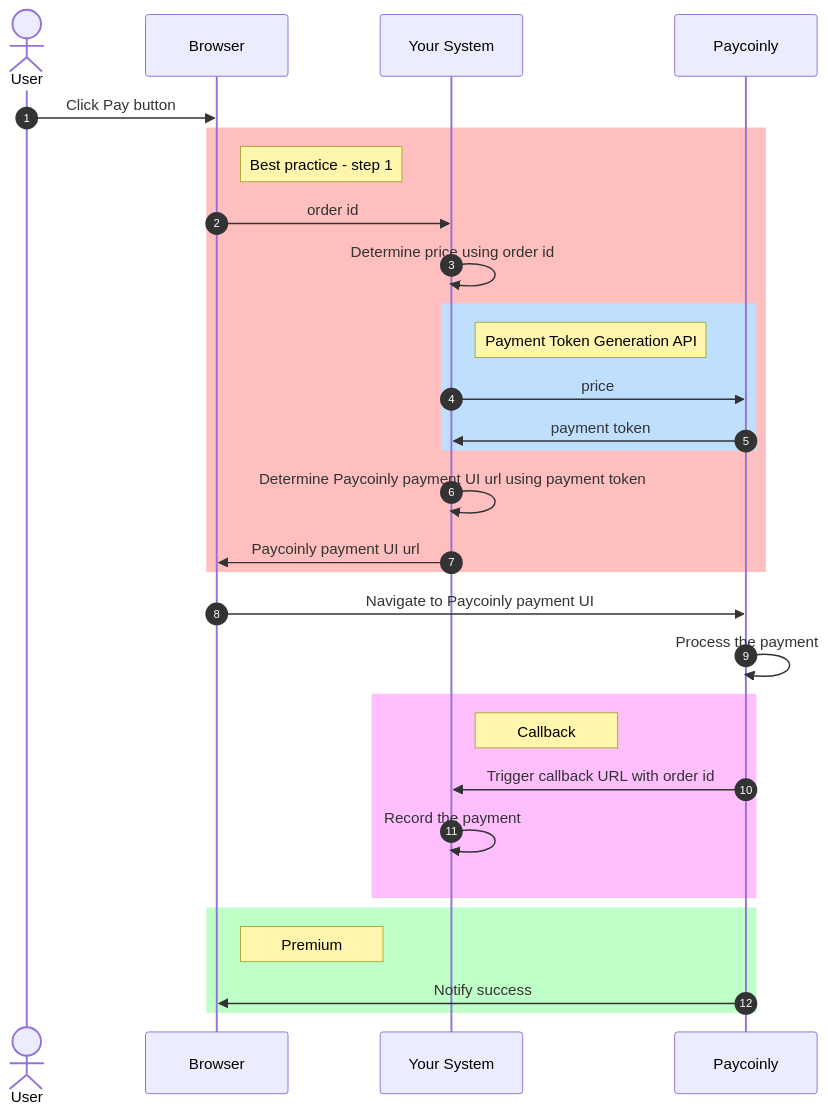
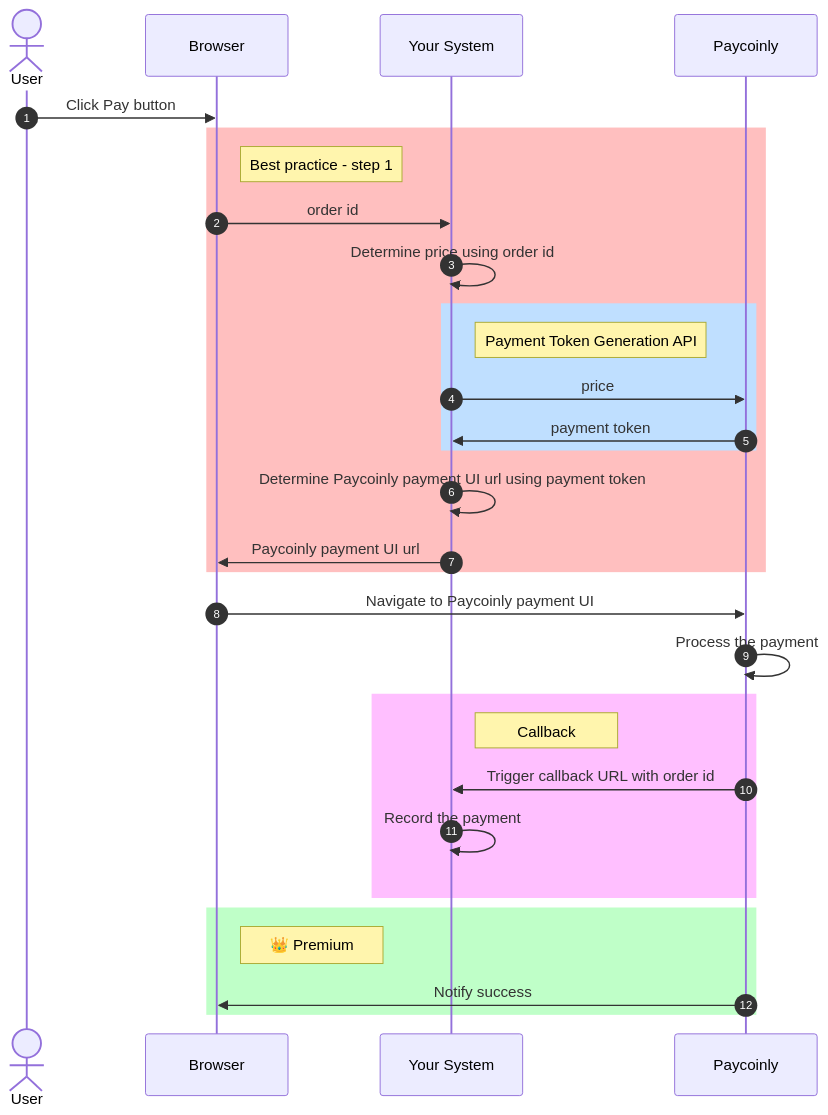
The diagram in docs/how-work/payment.mdx (Paycoinly-Tech/docs), drawn with Mermaid before and after one commit. The commit also changed 7 other files, not shown here.

````diff
--- a/docs/how-work/payment.mdx
+++ b/docs/how-work/payment.mdx
@@ -16,57 +16,57 @@
 ```mermaid
 sequenceDiagram
   autonumber
 
   actor user as User
   participant browser as Browser
   participant backend as Your System
   participant paycoinly as Paycoinly
   
   user->>browser: Click Pay button
 
   rect rgb(255, 191, 191)
 
   note right of browser: Best practice - step 1
 
   browser->>backend: order id
 
   backend->>backend: Determine price using order id
 
   rect rgb(191, 223, 255)
 
   note right of backend: Payment Token Generation API
 
   backend->>paycoinly: price
 
   paycoinly->>backend: payment token
 
   end
 
   backend->>backend: Determine Paycoinly payment UI url using payment token
 
   backend->>browser: Paycoinly payment UI url
 
   end
 
   browser->>paycoinly: Navigate to Paycoinly payment UI
 
   paycoinly->>paycoinly: Process the payment
 
   rect rgb(255, 191, 255)
 
   note right of backend: Callback
 
   paycoinly->>backend: Trigger callback URL with order id
 
   backend->>backend: Record the payment
 
   end
   
   rect rgb(191, 255, 200)
 
-  note right of browser: Premium
+  note right of browser: 👑 Premium
 
   paycoinly->>browser: Notify success
 
   end
 ```
````
